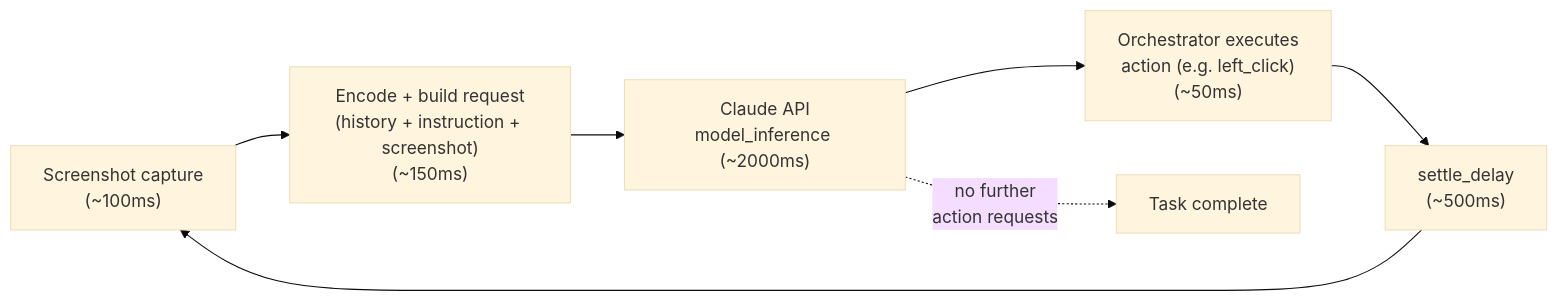
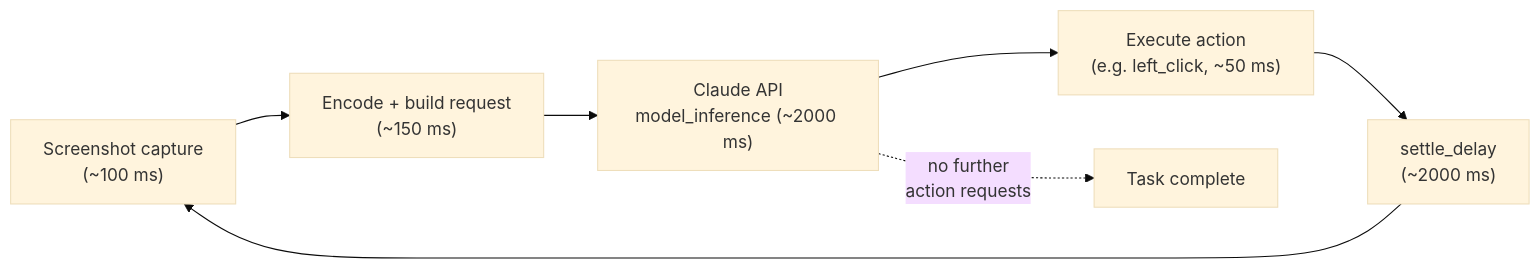
One commit to romancobblepot/AI-system-design-primer changed the fifth of 7 diagrams in case-studies/computer-use-agent/README.md. Above: the diagram before and after it, drawn with Mermaid (base theme). The commit also changed other lines of this file and 49 other files, not shown here.

````diff
--- a/case-studies/computer-use-agent/README.md
+++ b/case-studies/computer-use-agent/README.md
@@ -247,9 +308,9 @@
 ```mermaid
 flowchart LR
-    SS["Screenshot capture\n(~100ms)"] --> ENC["Encode + build request\n(history + instruction + screenshot)\n(~150ms)"]
-    ENC --> API["Claude API\nmodel_inference (~2000ms)"]
-    API --> ACT["Orchestrator executes\naction (e.g. left_click)\n(~50ms)"]
-    ACT --> DELAY["settle_delay\n(~500ms)"]
+    SS["Screenshot capture\n(~100 ms)"] --> ENC["Encode + build request\n(~150 ms)"]
+    ENC --> API["Claude API\nmodel_inference (~2000 ms)"]
+    API --> ACT["Execute action\n(e.g. left_click, ~50 ms)"]
+    ACT --> DELAY["settle_delay\n(~2000 ms)"]
     DELAY --> SS
     API -.->|"no further\naction requests"| DONE["Task complete"]
 ```
````
